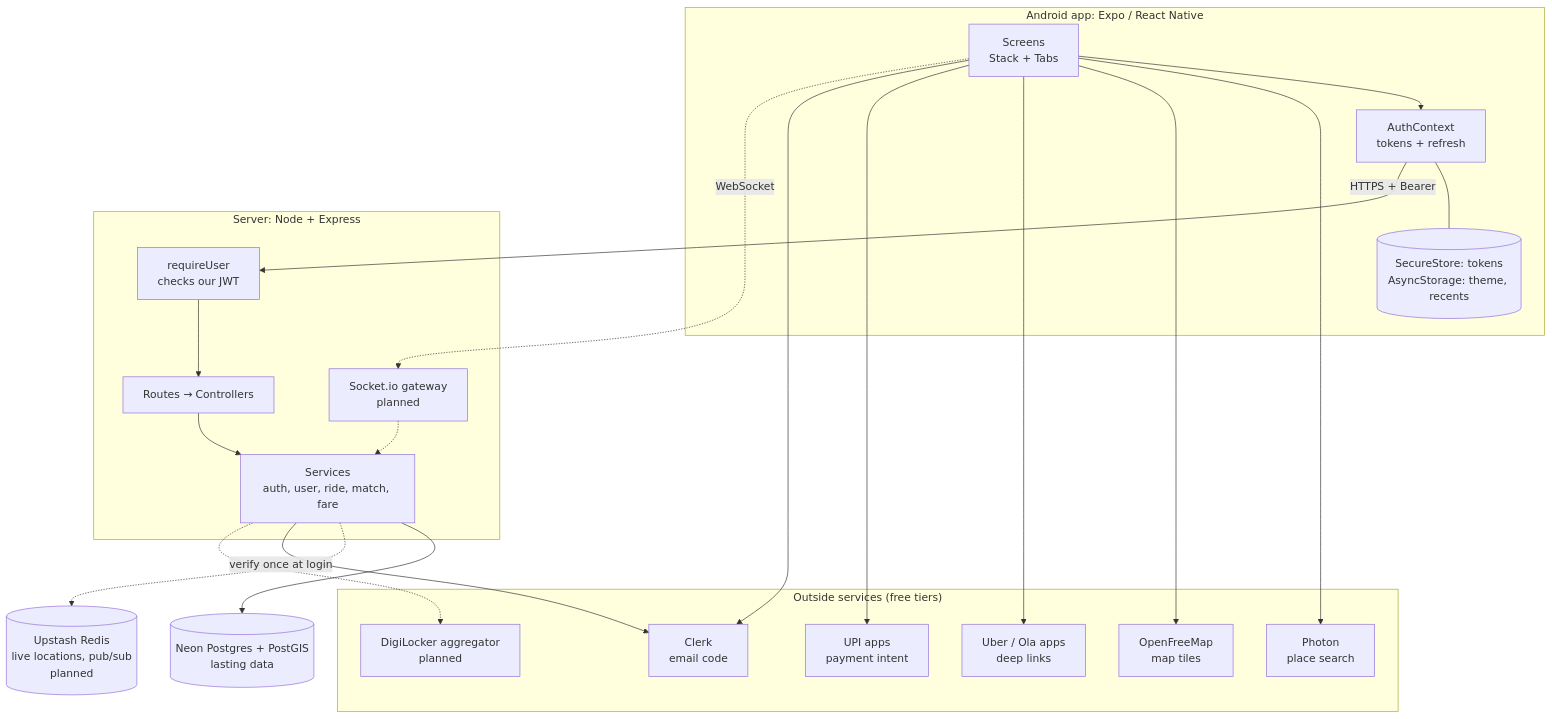
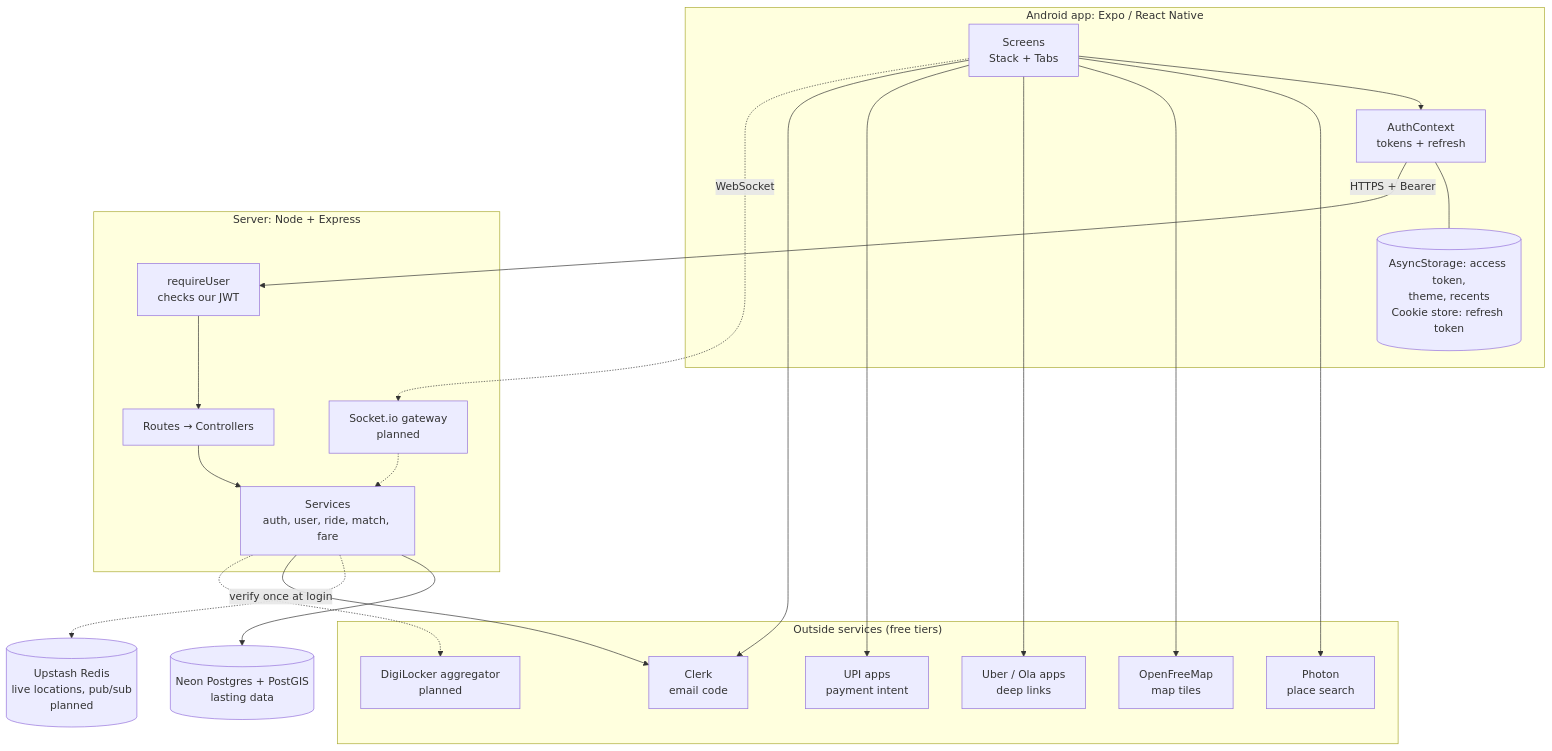
Before and after one commit to yatinsingh2007/HopShare: the first of 14 diagrams in README.md, drawn with Mermaid. The commit also changed other lines of this file and 7 other files, not shown here.

First line of the commit message:
feat: refresh token in an httpOnly cookie, access token in AsyncStorage

````diff
--- a/README.md
+++ b/README.md
@@ -72,41 +72,41 @@
 ```mermaid
 flowchart TB
     subgraph Phone["Android app: Expo / React Native"]
         Screens[Screens<br/>Stack + Tabs]
         Auth[AuthContext<br/>tokens + refresh]
-        Store[(SecureStore: tokens<br/>AsyncStorage: theme, recents)]
+        Store[(AsyncStorage: access token,<br/>theme, recents<br/>Cookie store: refresh token)]
     end
 
     subgraph Ext["Outside services (free tiers)"]
         Clerk[Clerk<br/>email code]
         Photon[Photon<br/>place search]
         Tiles[OpenFreeMap<br/>map tiles]
         CabApps[Uber / Ola apps<br/>deep links]
         UPI[UPI apps<br/>payment intent]
         DL[DigiLocker aggregator<br/>planned]
     end
 
     subgraph API["Server: Node + Express"]
         MW[requireUser<br/>checks our JWT]
         Routes[Routes → Controllers]
         Services[Services<br/>auth, user, ride, match, fare]
         Sock[Socket.io gateway<br/>planned]
     end
 
     PG[(Neon Postgres + PostGIS<br/>lasting data)]
     Redis[(Upstash Redis<br/>live locations, pub/sub<br/>planned)]
 
     Screens --> Auth
     Auth --- Store
     Screens --> Photon
     Screens --> Tiles
     Screens --> CabApps
     Screens --> UPI
     Screens --> Clerk
     Auth -- HTTPS + Bearer --> MW --> Routes --> Services
     Screens -. WebSocket .-> Sock -.-> Services
     Services --> PG
     Services -.-> Redis
     Services -- verify once at login --> Clerk
     Services -.-> DL
 ```
````
